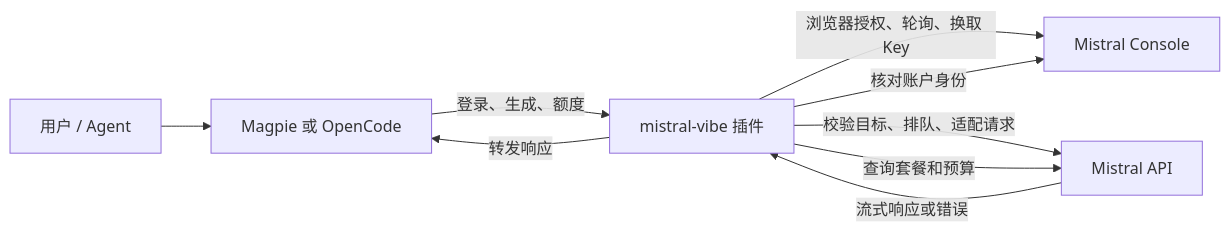
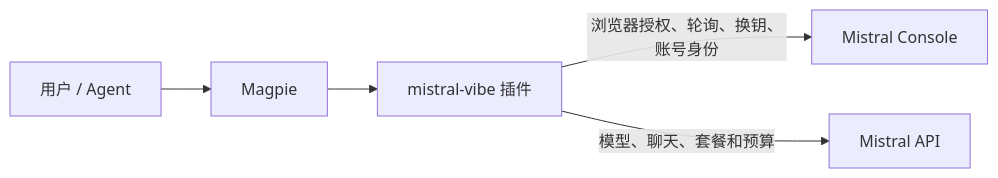
Before and after one commit to hxquan-q/magpie-mistral-code: the diagram in README.md, drawn with Mermaid. The commit also changed other lines of this file and 3 other files, not shown here.

Commit message:
fix(mistral-vibe): improve browser login and document Magpie usage

````diff
--- a/README.md
+++ b/README.md
@@ -79,11 +58,7 @@
 ```mermaid
 flowchart LR
-    U[用户 / Agent] --> H[Magpie 或 OpenCode]
-    H -->|登录、生成、额度| P[mistral-vibe 插件]
-    P -->|浏览器授权、轮询、换取 Key| C[Mistral Console]
-    P -->|校验目标、排队、适配请求| A[Mistral API]
-    A -->|流式响应或错误| P
-    P -->|转发响应| H
-    P -->|查询套餐和预算| A
-    P -->|核对账户身份| C
+    U[用户 / Agent] --> H[Magpie]
+    H --> P[mistral-vibe 插件]
+    P -->|浏览器授权、轮询、换钥、账号身份| C[Mistral Console]
+    P -->|模型、聊天、套餐和预算| A[Mistral API]
 ```
````
